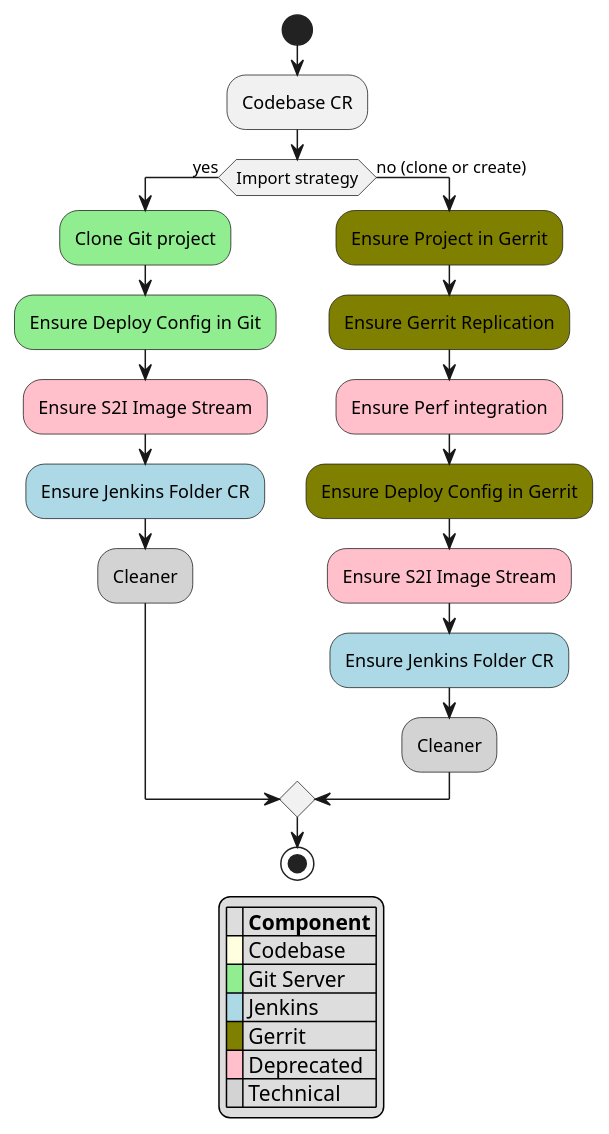
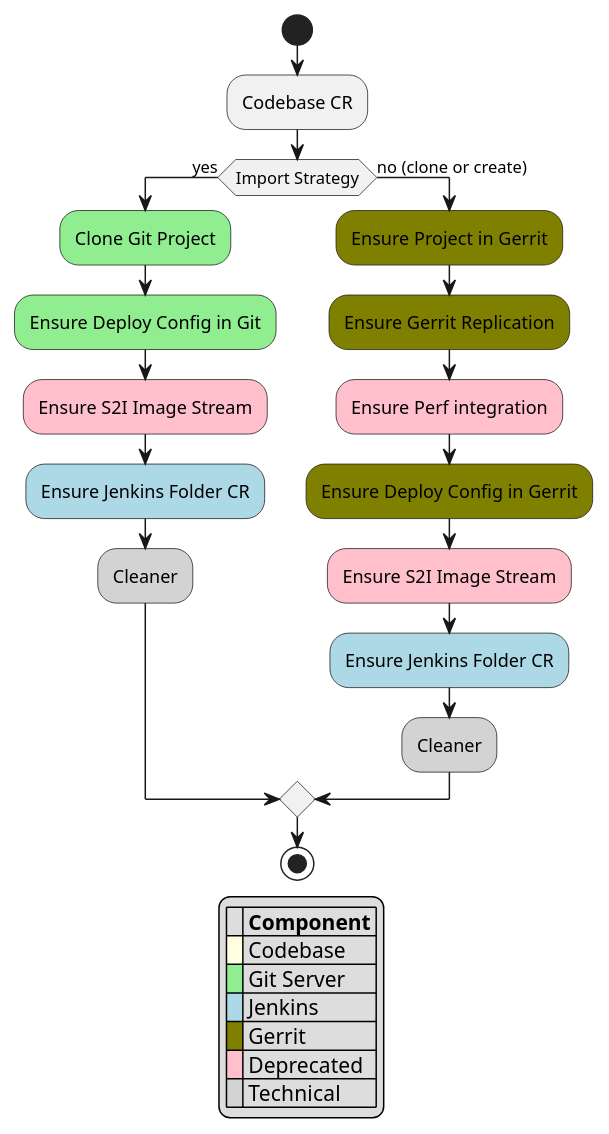
Before and after one commit to epam/edp-codebase-operator: the diagram in documentation/puml/codebase_chain.puml, drawn with PlantUML. The commit also changed 1 other file, not shown here.

Commit message:
[ARCH] Fix the puml diagrams (jira_server and codebase_chain).

```diff
--- a/documentation/puml/codebase_chain.puml
+++ b/documentation/puml/codebase_chain.puml
@@ -1,30 +1,30 @@
 @startuml
 start
 :Codebase CR;
-if (Import strategy) then (yes)
-    #lightgreen:Clone Git project;
+if (Import Strategy) then (yes)
+    #lightgreen:Clone Git Project;
     #lightgreen:Ensure Deploy Config in Git;
     #pink:Ensure S2I Image Stream;
     #lightblue:Ensure Jenkins Folder CR;
     #lightgrey:Cleaner;
 else (no (clone or create))
     #olive:Ensure Project in Gerrit;
     #olive:Ensure Gerrit Replication;
     #pink:Ensure Perf integration;
     #olive:Ensure Deploy Config in Gerrit;
     #pink:Ensure S2I Image Stream;
     #lightblue:Ensure Jenkins Folder CR;
     #lightgrey:Cleaner;
 endif
 stop
 
 legend
 |= |= Component |
 |<back:#lightyellow>   </back>| Codebase |
 |<back:#lightgreen>   </back>| Git Server |
 |<back:#lightblue>   </back>| Jenkins |
 |<back:#olive>   </back>| Gerrit |
 |<back:#pink>   </back>| Deprecated |
 |<back:#lightgrey>   </back>| Technical  |
 endlegend
 @enduml
```
